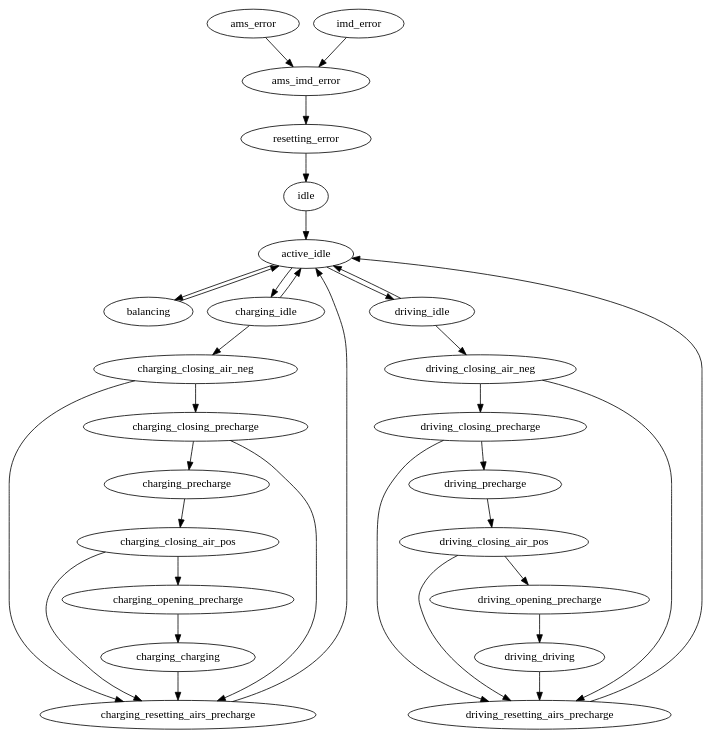
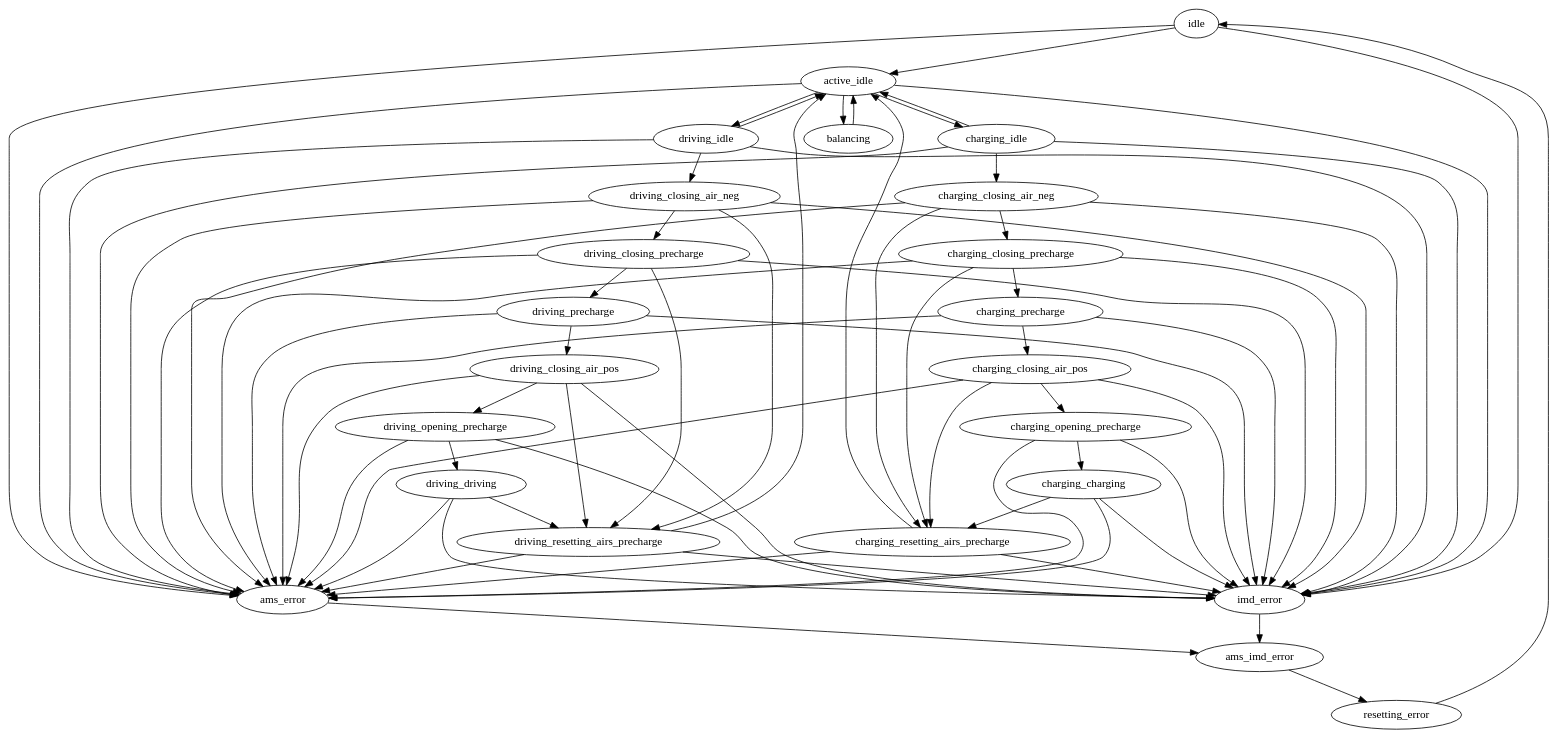
The diagram in BMS_FSM.dot (almecha/BMS_FSM), drawn with Graphviz before and after one commit. The commit also changed 5 other files, not shown here.

```diff
--- a/BMS_FSM.dot
+++ b/BMS_FSM.dot
@@ -1,41 +1,83 @@
 digraph{
 
 idle -> active_idle
 resetting_error -> idle
 
 active_idle -> balancing -> active_idle
 
 active_idle -> charging_idle
 charging_idle -> active_idle
 charging_idle -> charging_closing_air_neg
 charging_closing_air_neg -> charging_closing_precharge
 charging_closing_air_neg -> charging_resetting_airs_precharge
 charging_closing_precharge -> charging_resetting_airs_precharge
 charging_closing_precharge -> charging_precharge
 charging_precharge -> charging_closing_air_pos
 charging_closing_air_pos -> charging_opening_precharge
 charging_closing_air_pos -> charging_resetting_airs_precharge
 charging_opening_precharge -> charging_charging
 charging_charging -> charging_resetting_airs_precharge
 charging_resetting_airs_precharge -> active_idle
 
 active_idle -> driving_idle
 driving_idle -> active_idle
 driving_idle -> driving_closing_air_neg
 driving_closing_air_neg -> driving_closing_precharge
 driving_closing_air_neg -> driving_resetting_airs_precharge
 driving_closing_precharge -> driving_resetting_airs_precharge
 driving_closing_precharge -> driving_precharge
 driving_precharge -> driving_closing_air_pos
 driving_closing_air_pos -> driving_resetting_airs_precharge
 driving_closing_air_pos -> driving_opening_precharge
 driving_opening_precharge -> driving_driving
 driving_driving -> driving_resetting_airs_precharge
 driving_resetting_airs_precharge -> active_idle
 
 
 ams_error -> ams_imd_error
 imd_error -> ams_imd_error
 ams_imd_error -> resetting_error
 
+idle -> ams_error
+active_idle -> ams_error
+charging_idle -> ams_error
+charging_closing_air_neg -> ams_error
+charging_closing_precharge -> ams_error
+charging_precharge -> ams_error
+charging_closing_air_pos -> ams_error
+charging_opening_precharge -> ams_error
+charging_charging -> ams_error
+charging_resetting_airs_precharge -> ams_error
+
+idle -> imd_error
+active_idle -> imd_error
+charging_idle -> imd_error
+charging_closing_air_neg -> imd_error
+charging_closing_precharge -> imd_error
+charging_precharge -> imd_error
+charging_closing_air_pos -> imd_error
+charging_opening_precharge -> imd_error
+charging_charging -> imd_error
+charging_resetting_airs_precharge -> imd_error
+
+driving_idle -> ams_error
+driving_closing_air_neg -> ams_error
+driving_closing_precharge -> ams_error
+driving_precharge -> ams_error
+driving_closing_air_pos -> ams_error
+driving_opening_precharge -> ams_error
+driving_driving -> ams_error
+driving_resetting_airs_precharge -> ams_error
+
+driving_idle -> imd_error
+driving_closing_air_neg -> imd_error
+driving_closing_precharge -> imd_error
+driving_precharge -> imd_error
+driving_closing_air_pos -> imd_error
+driving_opening_precharge -> imd_error
+driving_driving -> imd_error
+driving_resetting_airs_precharge -> imd_error
+
+
+
 }
```
